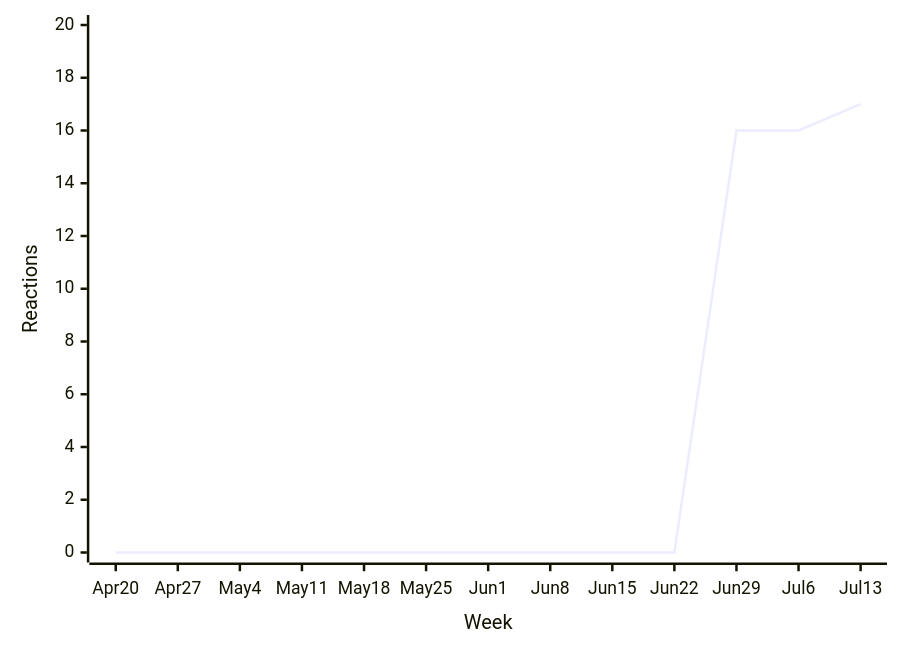
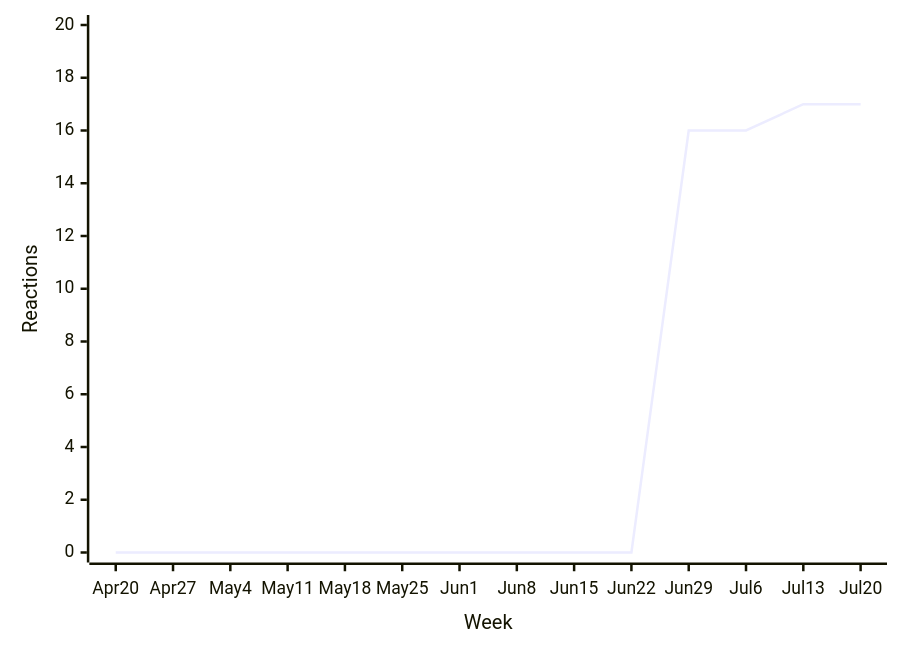
The eighth of 48 diagrams in README.md (loic-sharma/github-insights), drawn with Mermaid before and after one commit. The commit also changed other lines of this file and 3 other files, not shown here.

````diff
--- a/README.md
+++ b/README.md
@@ -458,6 +458,6 @@
   ```mermaid
   xychart-beta
-    x-axis "Week" [Apr 20, Apr 27, May 4, May 11, May 18, May 25, Jun 1, Jun 8, Jun 15, Jun 22, Jun 29, Jul 6, Jul 13]
+    x-axis "Week" [Apr 20, Apr 27, May 4, May 11, May 18, May 25, Jun 1, Jun 8, Jun 15, Jun 22, Jun 29, Jul 6, Jul 13, Jul 20]
     y-axis "Reactions" 0 --> 20
-    line [0, 0, 0, 0, 0, 0, 0, 0, 0, 0, 16, 16, 17]
+    line [0, 0, 0, 0, 0, 0, 0, 0, 0, 0, 16, 16, 17, 17]
   ```
````
